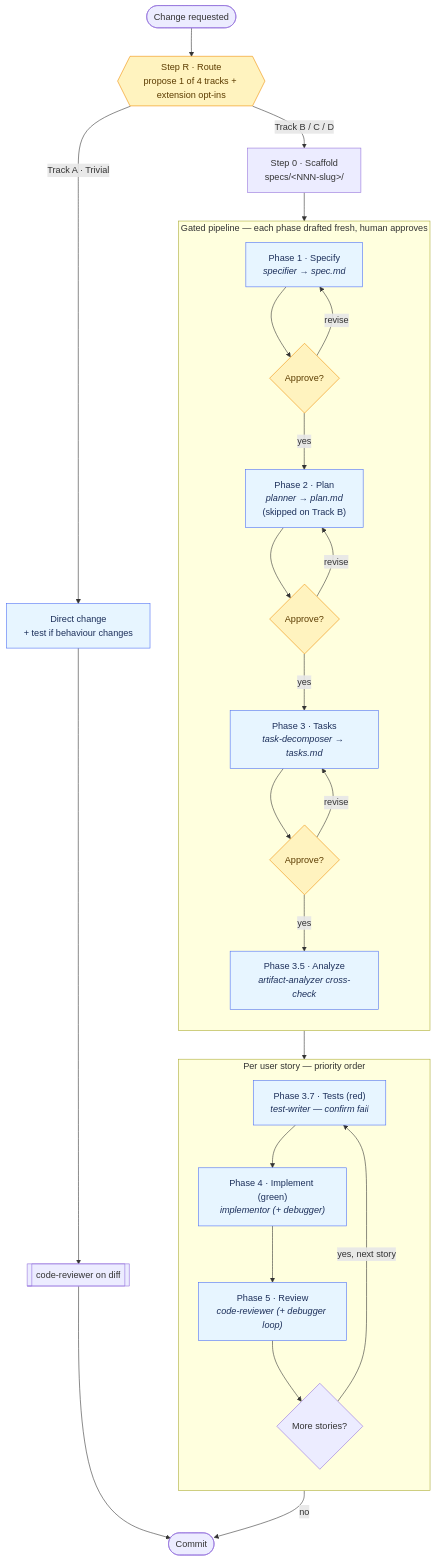
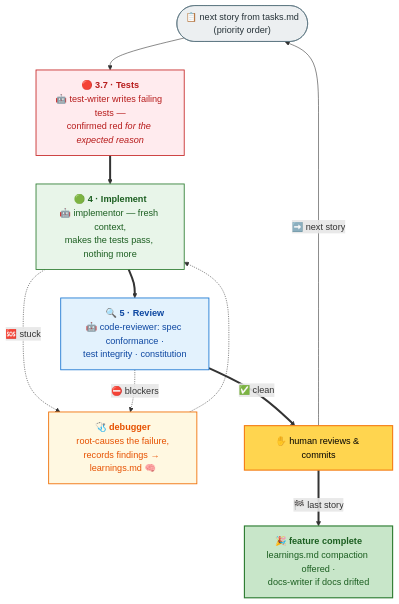
One commit to saptarshibasu/spec-driven-development changed the fourth of 5 diagrams in README.md. Above: the diagram before and after it, drawn with Mermaid. The commit also changed other lines of this file and 82 other files, not shown here.

````diff
--- a/README.md
+++ b/README.md
@@ -128,41 +186,33 @@
 ```mermaid
 flowchart TD
-    START([Change requested]) --> R{{"Step R · Route<br/>propose 1 of 4 tracks + extension opt-ins"}}
+    PICK(["📋 next story from tasks.md<br/>(priority order)"]) --> TW
 
-    R -->|"Track A · Trivial"| A["Direct change<br/>+ test if behaviour changes"]
-    A --> ARV[["code-reviewer on diff"]]
-    ARV --> DONE([Commit])
+    TW["🔴 <b>3.7 · Tests</b><br/>🤖 test-writer writes failing tests —<br/>confirmed red <i>for the expected reason</i>"] ==> IM
+    IM["🟢 <b>4 · Implement</b><br/>🤖 implementor — fresh context,<br/>makes the tests pass, nothing more"]
 
-    R -->|"Track B / C / D"| S0["Step 0 · Scaffold<br/>specs/&lt;NNN-slug&gt;/"]
-    S0 --> P1
+    IM -.->|"🆘 stuck"| DB["🩺 <b>debugger</b><br/>root-causes the failure,<br/>records findings → learnings.md 🧠"]
+    DB -.-> IM
 
-    subgraph GATED["Gated pipeline — each phase drafted fresh, human approves"]
-        direction TB
-        P1["Phase 1 · Specify<br/><i>specifier → spec.md</i>"] --> G1{Approve?}
-        G1 -->|revise| P1
-        G1 -->|yes| P2["Phase 2 · Plan<br/><i>planner → plan.md</i><br/>(skipped on Track B)"]
-        P2 --> G2{Approve?}
-        G2 -->|revise| P2
-        G2 -->|yes| P3["Phase 3 · Tasks<br/><i>task-decomposer → tasks.md</i>"]
-        P3 --> G3{Approve?}
-        G3 -->|revise| P3
-        G3 -->|yes| P35["Phase 3.5 · Analyze<br/><i>artifact-analyzer cross-check</i>"]
-    end
+    IM ==> RV["🔍 <b>5 · Review</b><br/>🤖 code-reviewer: spec conformance ·<br/>test integrity · constitution"]
+    RV -.->|"⛔ blockers"| DB
+    RV ==>|"✅ clean"| CM["✋ human reviews & commits"]
 
-    P35 --> LOOP
+    CM -->|"➡️ next story"| PICK
+    CM ==>|"🏁 last story"| FIN["🎉 <b>feature complete</b><br/>learnings.md compaction offered ·<br/>docs-writer if docs drifted"]
 
-    subgraph LOOP["Per user story — priority order"]
-        direction TB
-        T["Phase 3.7 · Tests (red)<br/><i>test-writer — confirm fail</i>"] --> I["Phase 4 · Implement (green)<br/><i>implementor (+ debugger)</i>"]
-        I --> RV["Phase 5 · Review<br/><i>code-reviewer (+ debugger loop)</i>"]
-        RV --> MORE{More stories?}
-        MORE -->|yes, next story| T
-    end
+    classDef red fill:#ffebee,stroke:#c62828,stroke-width:1.5px,color:#b71c1c
+    classDef green fill:#e8f5e9,stroke:#2e7d32,stroke-width:1.5px,color:#1b5e20
+    classDef review fill:#e3f2fd,stroke:#1976d2,stroke-width:1.5px,color:#0d47a1
+    classDef debug fill:#fff8e1,stroke:#ef6c00,stroke-width:1.5px,color:#e65100
+    classDef human fill:#ffd54f,stroke:#f57f17,stroke-width:2px,color:#000
+    classDef done fill:#c8e6c9,stroke:#2e7d32,stroke-width:2px,color:#1b5e20
+    classDef input fill:#eceff1,stroke:#546e7a,color:#263238
 
-    MORE -->|no| DONE
-
-    classDef gate fill:#fff3bf,stroke:#f08c00,color:#5c3c00;
-    classDef phase fill:#e7f5ff,stroke:#4c6ef5,color:#1c2f5a;
-    class G1,G2,G3,R gate;
-    class P1,P2,P3,P35,T,I,RV,A phase;
+    class TW red
+    class IM green
+    class RV review
+    class DB debug
+    class CM human
+    class FIN done
+    class PICK input
 ```
````
